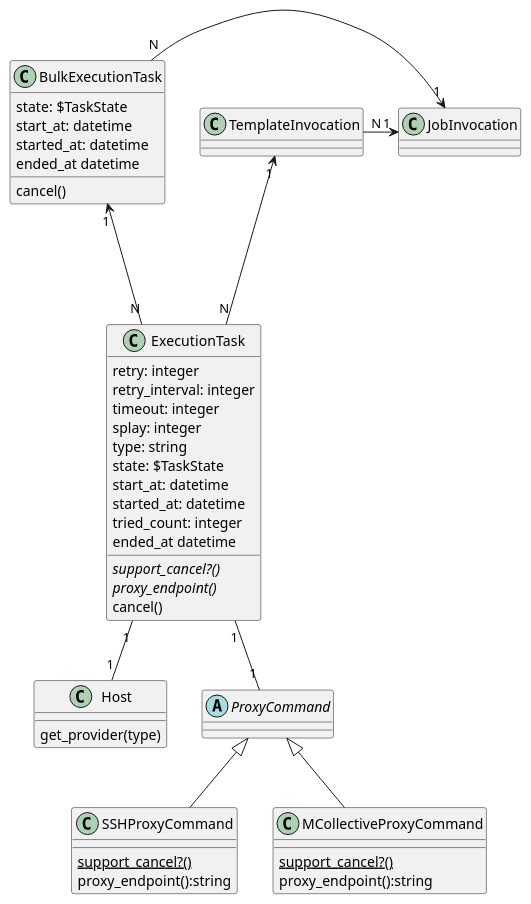
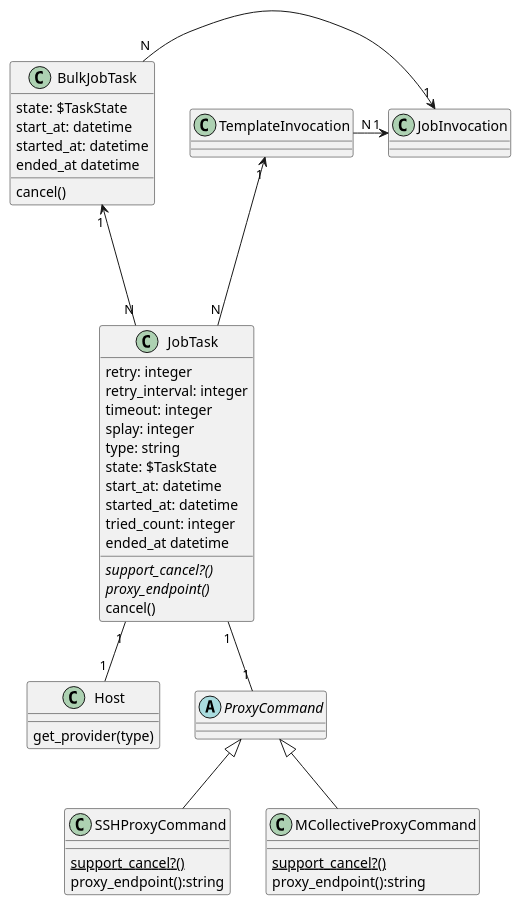
The eighth of 13 diagrams in doc/source/design/index.md (theforeman/foreman_remote_execution), drawn with PlantUML before and after one commit. The commit also changed other lines of this file, not shown here.

Commit message:
Unify jobs vs. execution vs. command wording

```diff
--- a/doc/source/design/index.md
+++ b/doc/source/design/index.md
@@ -711,55 +647,55 @@
 {% plantuml %}
 
 
 class Host {
   get_provider(type)
 }
 
-class BulkExecutionTask {
+class BulkJobTask {
   state: $TaskState
   start_at: datetime
   started_at: datetime
   ended_at datetime
   cancel()
 }
 
-class ExecutionTask {
+class JobTask {
   retry: integer
   retry_interval: integer
   timeout: integer
   splay: integer
   type: string
   state: $TaskState
   start_at: datetime
   started_at: datetime
   tried_count: integer
   ended_at datetime
   {abstract} support_cancel?()
   {abstract} proxy_endpoint()
   cancel()
 }
 
 abstract class ProxyCommand {
 }
 
 class SSHProxyCommand {
   {static} support_cancel?()
   proxy_endpoint():string
 }
 
 class MCollectiveProxyCommand {
   {static} support_cancel?()
   proxy_endpoint():string
 }
 
-BulkExecutionTask "N" -> "1" JobInvocation
-BulkExecutionTask "1" <-- "N" ExecutionTask
+BulkJobTask "N" -> "1" JobInvocation
+BulkJobTask "1" <-- "N" JobTask
 TemplateInvocation "N" -> "1" JobInvocation
-TemplateInvocation "1" <--- "N" ExecutionTask
-ExecutionTask "1" -- "1" ProxyCommand
-ExecutionTask "1" -- "1" Host
+TemplateInvocation "1" <--- "N" JobTask
+JobTask "1" -- "1" ProxyCommand
+JobTask "1" -- "1" Host
 
 ProxyCommand <|-- SSHProxyCommand
 ProxyCommand <|-- MCollectiveProxyCommand
 
 {% endplantuml %}
```
